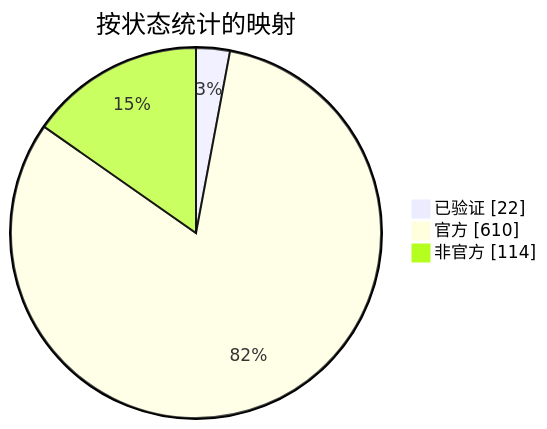
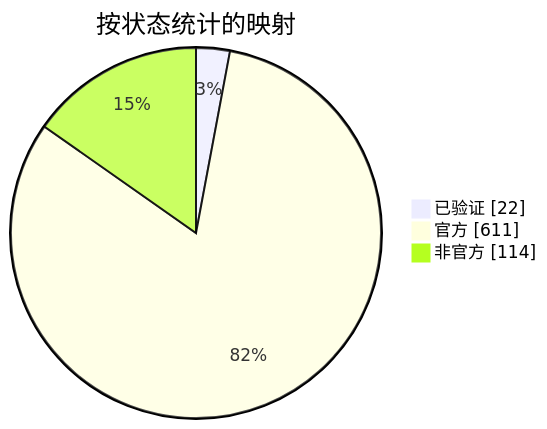
The diagram in docs/readme/README_ZHS.md (nobrega8/mbmap-library), drawn with Mermaid before and after one commit. The commit also changed 6 other files, not shown here.

Commit message:
Add the Contech FT1 thermal mass flow meter map (closes #478) (#549)

````diff
--- a/docs/readme/README_ZHS.md
+++ b/docs/readme/README_ZHS.md
@@ -54,7 +54,7 @@
 ```mermaid
 pie showData
     title 按状态统计的映射
     "已验证" : 22
-    "官方" : 610
+    "官方" : 611
     "非官方" : 114
 ```
````
